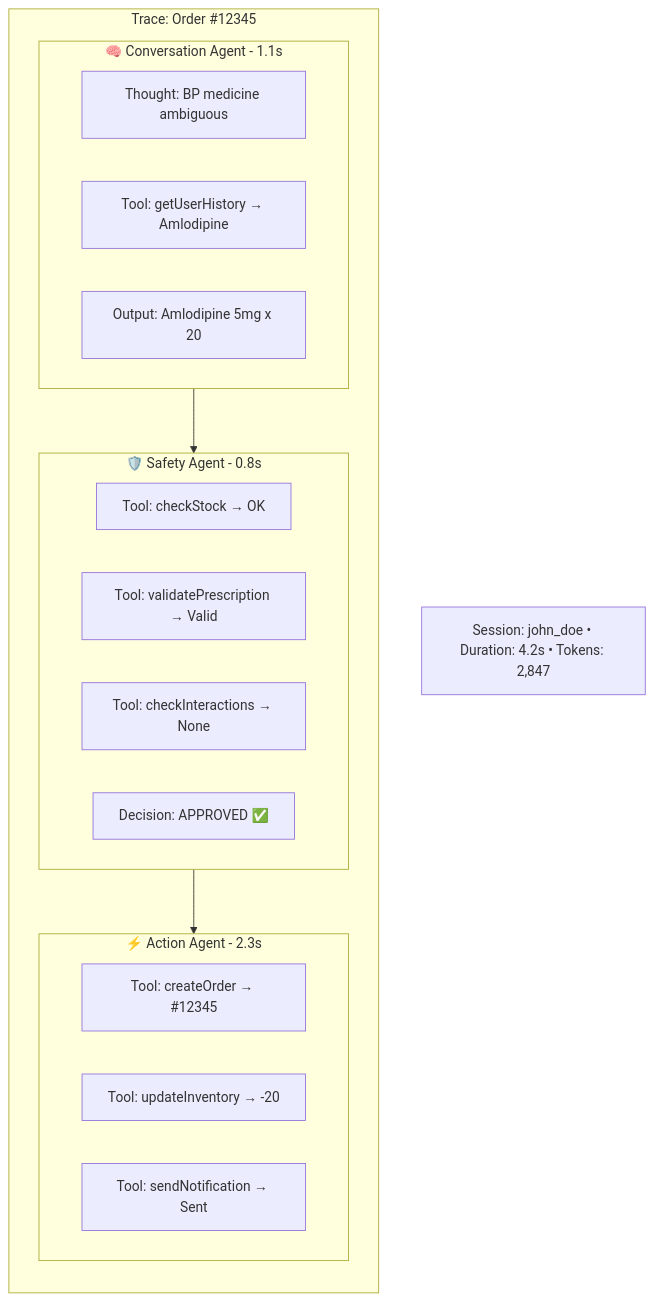
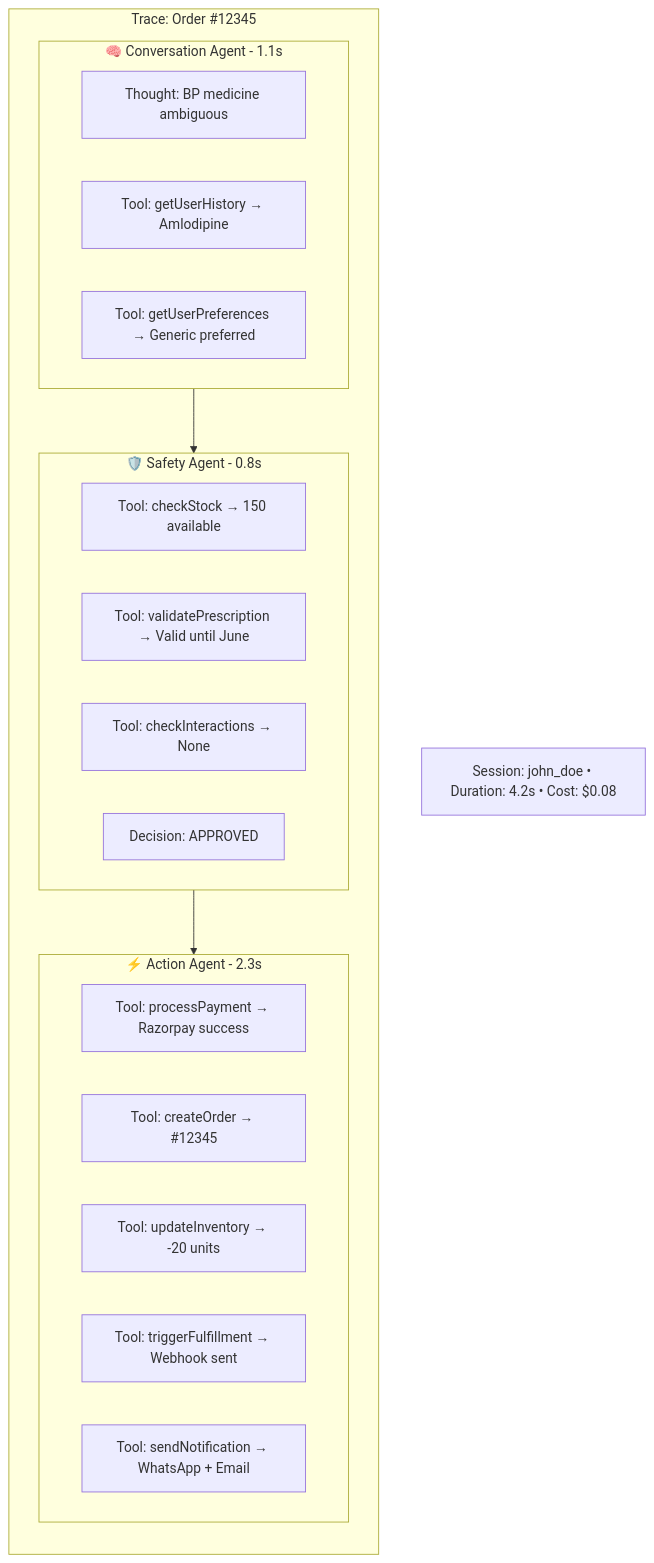
Before and after one commit to kartik-shirale/hackfusion-3: the tenth of 14 diagrams in README.md, drawn with Mermaid. The commit also changed other lines of this file, not shown here.

````diff
--- a/README.md
+++ b/README.md
@@ -313,29 +419,31 @@
 ```mermaid
 flowchart TB
     subgraph Trace["Trace: Order #12345"]
         direction TB
         
         subgraph S1["🧠 Conversation Agent - 1.1s"]
             T1["Thought: BP medicine ambiguous"]
             T2["Tool: getUserHistory → Amlodipine"]
-            T3["Output: Amlodipine 5mg x 20"]
+            T3["Tool: getUserPreferences → Generic preferred"]
         end
         
         subgraph S2["🛡️ Safety Agent - 0.8s"]
-            T4["Tool: checkStock → OK"]
-            T5["Tool: validatePrescription → Valid"]
+            T4["Tool: checkStock → 150 available"]
+            T5["Tool: validatePrescription → Valid until June"]
             T6["Tool: checkInteractions → None"]
-            T7["Decision: APPROVED ✅"]
+            T7["Decision: APPROVED"]
         end
         
         subgraph S3["⚡ Action Agent - 2.3s"]
-            T8["Tool: createOrder → #12345"]
-            T9["Tool: updateInventory → -20"]
-            T10["Tool: sendNotification → Sent"]
+            T8["Tool: processPayment → Razorpay success"]
+            T9["Tool: createOrder → #12345"]
+            T10["Tool: updateInventory → -20 units"]
+            T11["Tool: triggerFulfillment → Webhook sent"]
+            T12["Tool: sendNotification → WhatsApp + Email"]
         end
         
         S1 --> S2 --> S3
     end
     
-    Meta["Session: john_doe • Duration: 4.2s • Tokens: 2,847"]
+    Meta["Session: john_doe • Duration: 4.2s • Cost: $0.08"]
 ```
````
